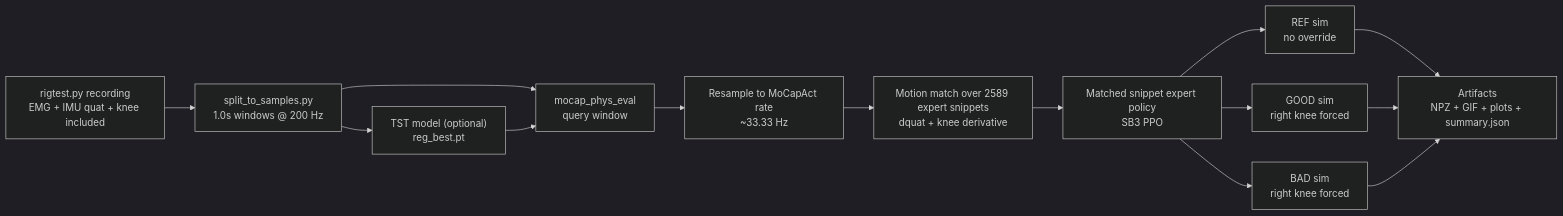
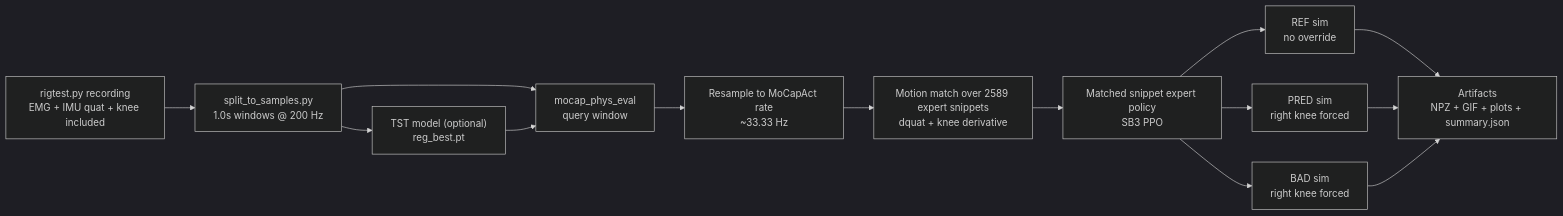
Before and after one commit to aoyun2/emg_tst: the diagram in README.md, drawn with Mermaid (dark theme). The commit also changed other lines of this file and 10 other files, not shown here.

````diff
--- a/README.md
+++ b/README.md
@@ -31,16 +31,16 @@
 ```mermaid
 flowchart LR
   A["rigtest.py recording\nEMG + IMU quat + knee included"] --> B["split_to_samples.py\n1.0s windows @ 200 Hz"]
   B --> C["TST model (optional)\nreg_best.pt"]
   B --> D["mocap_phys_eval\nquery window"]
   C --> D
   D --> E["Resample to MoCapAct rate\n~33.33 Hz"]
   E --> F["Motion match over 2589 expert snippets\ndquat + knee derivative"]
   F --> G["Matched snippet expert policy\nSB3 PPO"]
   G --> H1["REF sim\nno override"]
-  G --> H2["GOOD sim\nright knee forced"]
+  G --> H2["PRED sim\nright knee forced"]
   G --> H3["BAD sim\nright knee forced"]
   H1 --> I["Artifacts\nNPZ + GIF + plots + summary.json"]
   H2 --> I
   H3 --> I
 ```
````
